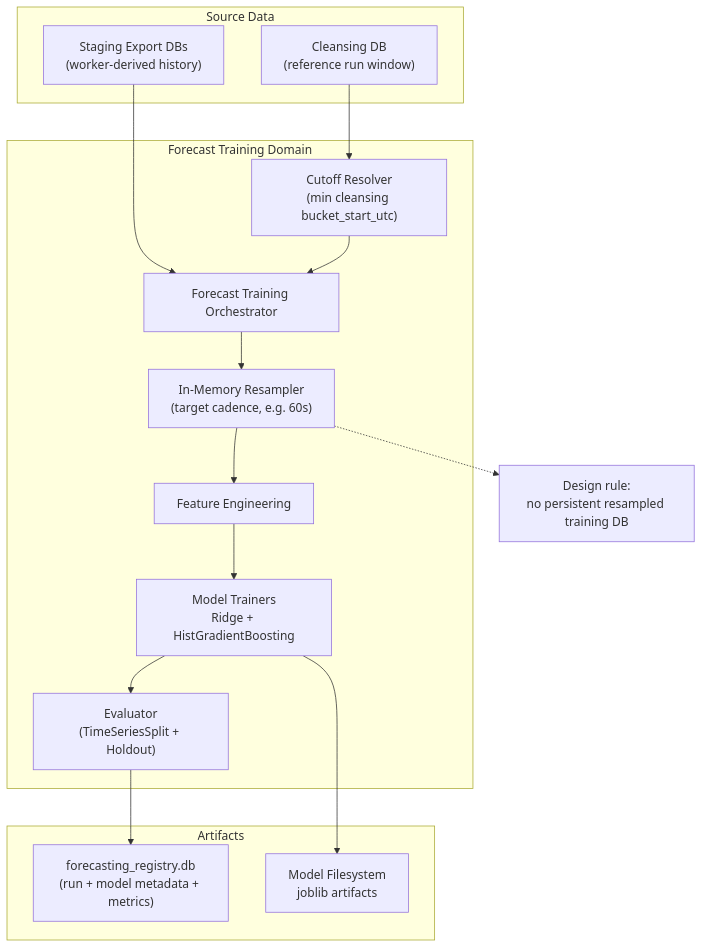
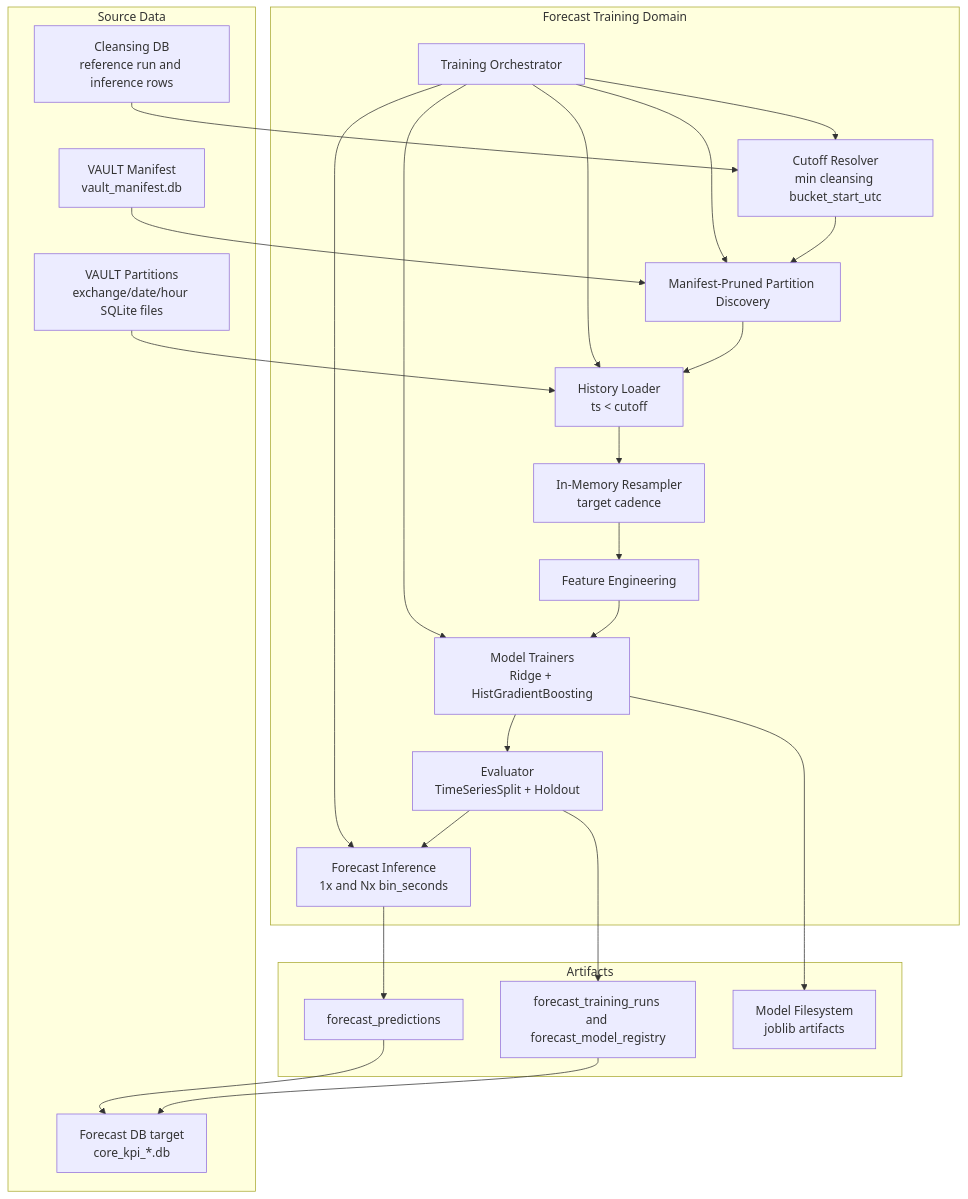
One commit to laiki/crypto_DWH changed the diagram in diagrams/6_forecasting/uml_architecture_forecasting_training_staging_cutoff.mmd. Above: the diagram before and after it, drawn with Mermaid. The commit also changed 172 other files, not shown here.

Commit message:
implementation of the new architecture

```diff
--- a/diagrams/6_forecasting/uml_architecture_forecasting_training_staging_cutoff.mmd
+++ b/diagrams/6_forecasting/uml_architecture_forecasting_training_staging_cutoff.mmd
@@ -1,32 +1,50 @@
 flowchart TD
     subgraph SRC["Source Data"]
-        STAGING["Staging Export DBs<br/>(worker-derived history)"]
-        CLEAN["Cleansing DB<br/>(reference run window)"]
+        MAN["VAULT Manifest<br/>vault_manifest.db"]
+        PART["VAULT Partitions<br/>exchange/date/hour SQLite files"]
+        CLEAN["Cleansing DB<br/>reference run and inference rows"]
+        COREIN["Forecast DB target<br/>core_kpi_*.db"]
     end
 
     subgraph TRAIN["Forecast Training Domain"]
-        ORCH["Forecast Training Orchestrator"]
-        CUT["Cutoff Resolver<br/>(min cleansing bucket_start_utc)"]
-        RES["In-Memory Resampler<br/>(target cadence, e.g. 60s)"]
+        ORCH["Training Orchestrator"]
+        CUT["Cutoff Resolver<br/>min cleansing bucket_start_utc"]
+        DISC["Manifest-Pruned Partition Discovery"]
+        LOAD["History Loader<br/>ts < cutoff"]
+        RES["In-Memory Resampler<br/>target cadence"]
         FEAT["Feature Engineering"]
         MODELS["Model Trainers<br/>Ridge + HistGradientBoosting"]
-        EVAL["Evaluator<br/>(TimeSeriesSplit + Holdout)"]
+        EVAL["Evaluator<br/>TimeSeriesSplit + Holdout"]
+        PRED["Forecast Inference<br/>1x and Nx bin_seconds"]
     end
 
     subgraph OUT["Artifacts"]
-        REGDB["forecasting_registry.db<br/>(run + model metadata + metrics)"]
+        REG["forecast_training_runs and forecast_model_registry"]
+        PREDS["forecast_predictions"]
         MODELFS["Model Filesystem<br/>joblib artifacts"]
     end
 
     CLEAN --> CUT
-    STAGING --> ORCH
-    CUT --> ORCH
-    ORCH --> RES
+    MAN --> DISC
+    CUT --> DISC
+    DISC --> LOAD
+    PART --> LOAD
+
+    LOAD --> RES
     RES --> FEAT
     FEAT --> MODELS
     MODELS --> EVAL
-    EVAL --> REGDB
+    EVAL --> PRED
+
     MODELS --> MODELFS
+    EVAL --> REG
+    PRED --> PREDS
 
-    NOTE["Design rule:<br/>no persistent resampled training DB"]
-    RES -.-> NOTE
+    ORCH --> CUT
+    ORCH --> DISC
+    ORCH --> LOAD
+    ORCH --> MODELS
+    ORCH --> PRED
+
+    REG --> COREIN
+    PREDS --> COREIN
```
